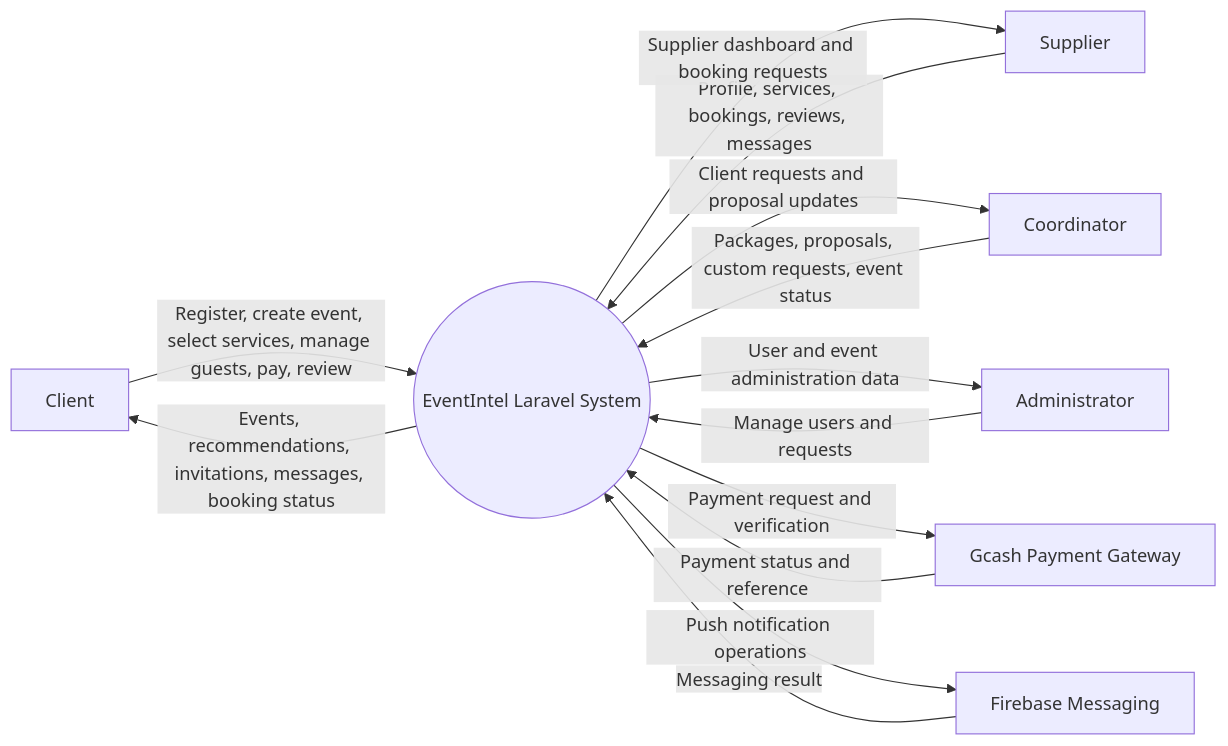
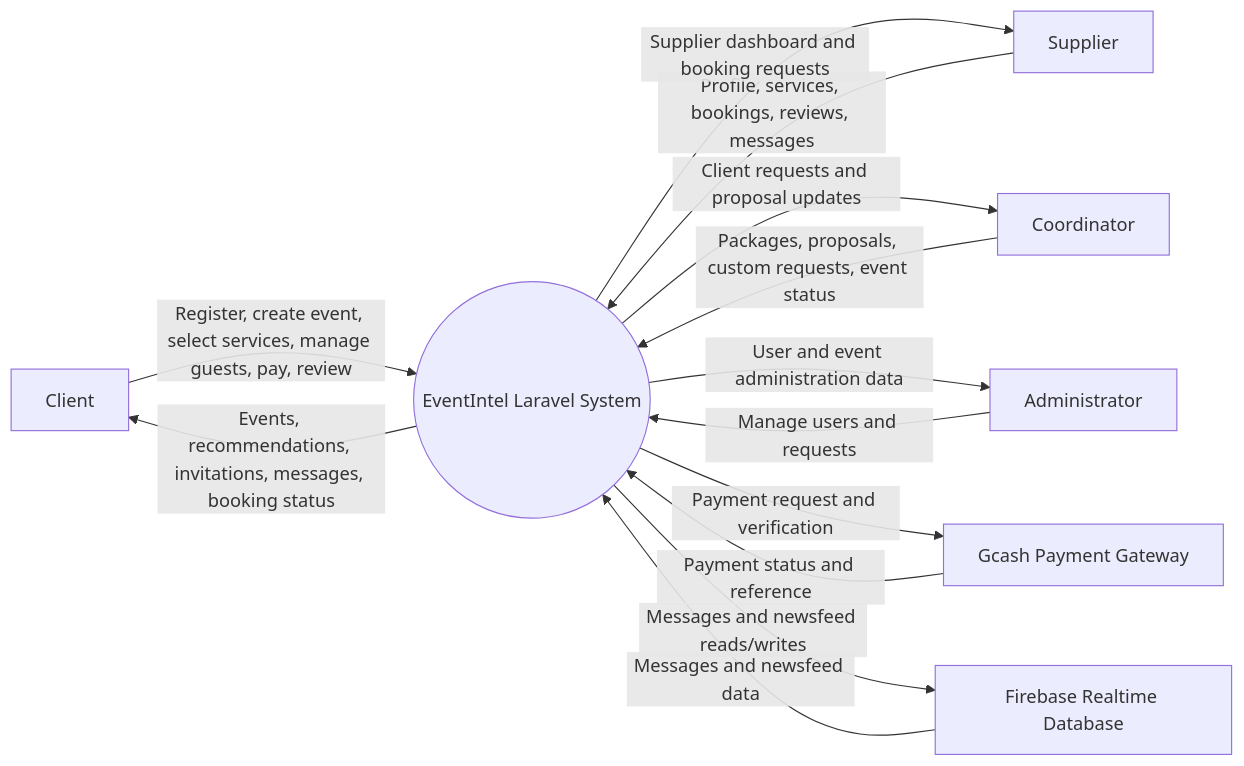
The first of 2 diagrams in docs/eventintel-dfd.md (goldenfreddyattack-droid/EVENTINTEL-LARAVEL), drawn with Mermaid before and after one commit. The commit also changed other lines of this file and 8 other files, not shown here.

````diff
--- a/docs/eventintel-dfd.md
+++ b/docs/eventintel-dfd.md
@@ -26,23 +27,23 @@
 ```mermaid
 flowchart LR
     Client[Client]
     Supplier[Supplier]
     Coordinator[Coordinator]
     Admin[Administrator]
     Gateway[Gcash Payment Gateway]
-    Firebase[Firebase Messaging]
+    Firebase[Firebase Realtime Database]
     System((EventIntel Laravel System))
 
     Client -->|Register, create event, select services, manage guests, pay, review| System
     System -->|Events, recommendations, invitations, messages, booking status| Client
     Supplier -->|Profile, services, bookings, reviews, messages| System
     System -->|Supplier dashboard and booking requests| Supplier
     Coordinator -->|Packages, proposals, custom requests, event status| System
     System -->|Client requests and proposal updates| Coordinator
     Admin -->|Manage users and requests| System
     System -->|User and event administration data| Admin
     System -->|Payment request and verification| Gateway
     Gateway -->|Payment status and reference| System
-    System -->|Push notification operations| Firebase
-    Firebase -->|Messaging result| System
+    System -->|Messages and newsfeed reads/writes| Firebase
+    Firebase -->|Messages and newsfeed data| System
 ```
````
